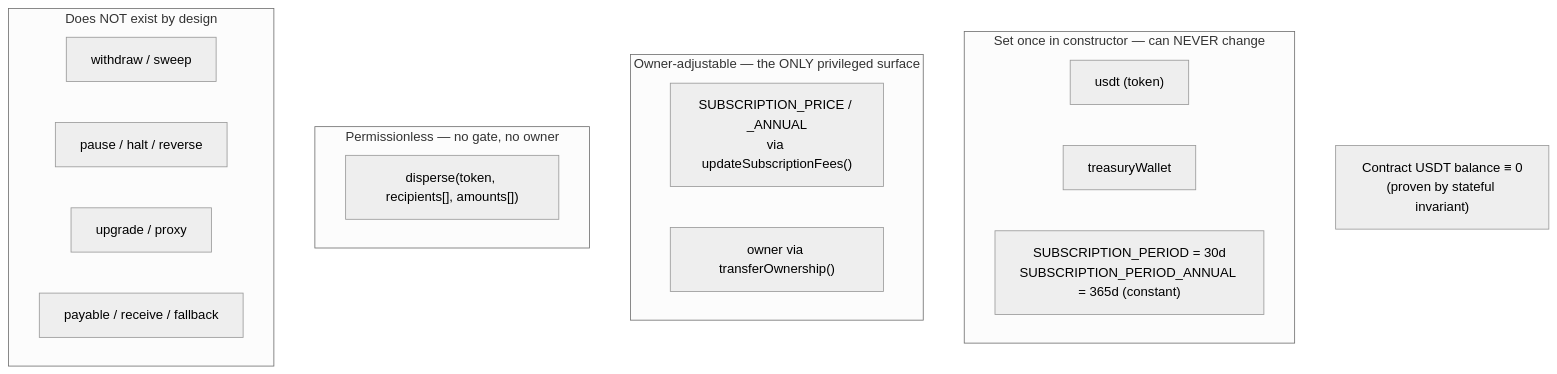
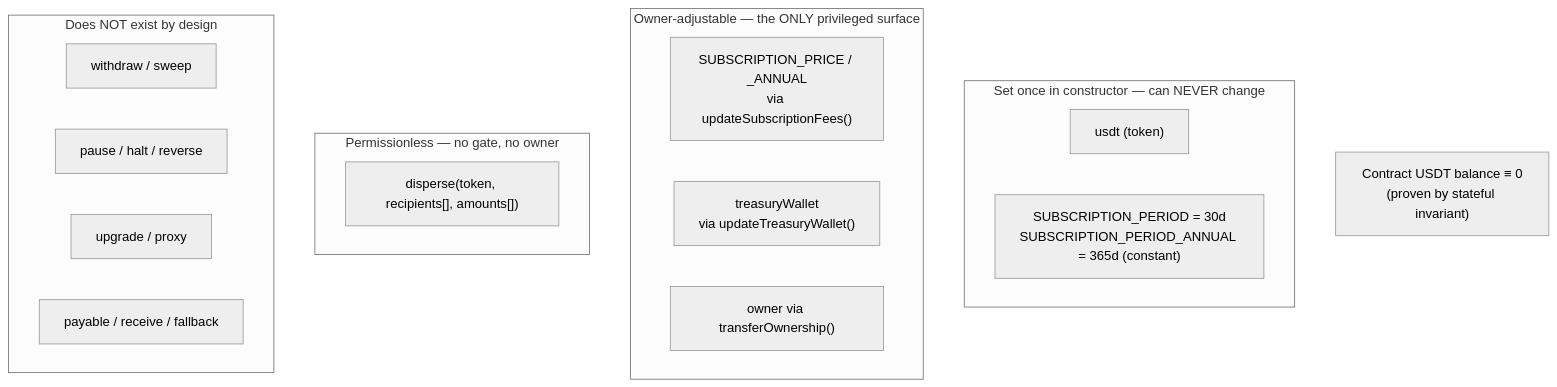
Before and after one commit to cristianrisueo/purserpay: the diagram in docs/05-smart-contract.md, drawn with Mermaid (neutral theme). The commit also changed other lines of this file and 26 other files, not shown here.

First line of the commit message:
feat(contract): make treasuryWallet owner-updatable; add allowance reset; env-driven network seam

````diff
--- a/docs/05-smart-contract.md
+++ b/docs/05-smart-contract.md
@@ -26,22 +26,22 @@
 ```mermaid
 flowchart TB
     subgraph Immutable["Set once in constructor — can NEVER change"]
         usdt["usdt (token)"]
-        treasury["treasuryWallet"]
         periods["SUBSCRIPTION_PERIOD = 30d<br/>SUBSCRIPTION_PERIOD_ANNUAL = 365d (constant)"]
     end
     subgraph OwnerCtl["Owner-adjustable — the ONLY privileged surface"]
         prices["SUBSCRIPTION_PRICE / _ANNUAL<br/>via updateSubscriptionFees()"]
+        treasury["treasuryWallet<br/>via updateTreasuryWallet()"]
         role["owner via transferOwnership()"]
     end
     subgraph Permissionless["Permissionless — no gate, no owner"]
         disperse["disperse(token, recipients[], amounts[])"]
     end
     subgraph NeverExists["Does NOT exist by design"]
         x1["withdraw / sweep"]
         x2["pause / halt / reverse"]
         x3["upgrade / proxy"]
         x4["payable / receive / fallback"]
     end
     Balance["Contract USDT balance ≡ 0<br/>(proven by stateful invariant)"]
 ```
````
